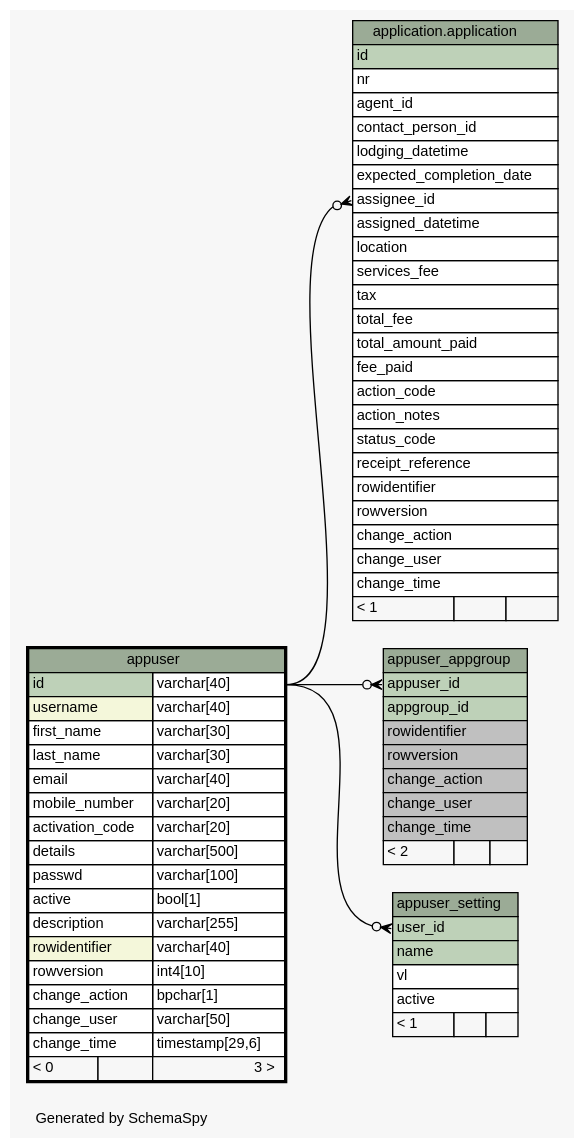
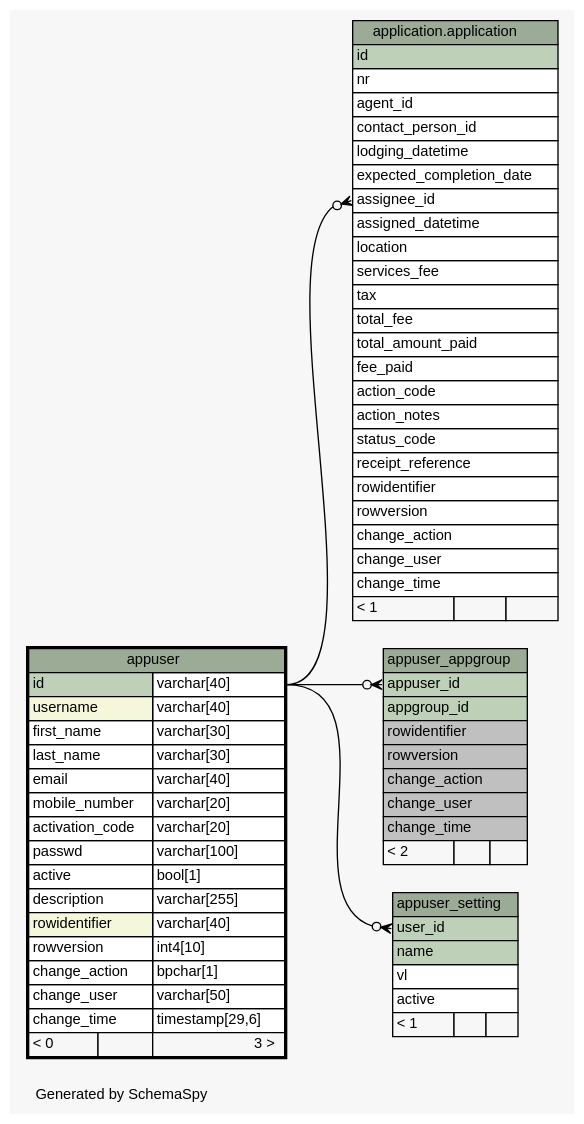
One commit to SOLA-FAO/database_sola changed the diagram in doc/system/diagrams/appuser.1degree.dot. Above: the diagram before and after it, drawn with Graphviz. The commit also changed 321 other files, not shown here.

Commit message:
[#412 responsible:none state:fixed] opentenure schema created and party and document tables extended with extra fields.

```diff
--- a/doc/system/diagrams/appuser.1degree.dot
+++ b/doc/system/diagrams/appuser.1degree.dot
@@ -1,111 +1,110 @@
 // dot 2.36.0 on Windows 7 6.1
 // SchemaSpy rev 590
 digraph "oneDegreeRelationshipsDiagram" {
   graph [
     rankdir="RL"
     bgcolor="#f7f7f7"
     label="\nGenerated by SchemaSpy"
     labeljust="l"
     nodesep="0.18"
     ranksep="0.46"
     fontname="Helvetica"
     fontsize="11"
   ];
   node [
     fontname="Helvetica"
     fontsize="11"
     shape="plaintext"
   ];
   edge [
     arrowsize="0.8"
   ];
   "application.application":"assignee_id":w -> "appuser":"id.type":e [arrowhead=none dir=back arrowtail=crowodot];
   "appuser_appgroup":"appuser_id":w -> "appuser":"id.type":e [arrowhead=none dir=back arrowtail=crowodot];
   "appuser_setting":"user_id":w -> "appuser":"id.type":e [arrowhead=none dir=back arrowtail=crowodot];
   "application.application" [
     label=<
     <TABLE BORDER="0" CELLBORDER="1" CELLSPACING="0" BGCOLOR="#ffffff">
       <TR><TD COLSPAN="3" BGCOLOR="#9bab96" ALIGN="CENTER">application.application</TD></TR>
       <TR><TD PORT="id" COLSPAN="3" BGCOLOR="#bed1b8" ALIGN="LEFT">id</TD></TR>
       <TR><TD PORT="nr" COLSPAN="3" ALIGN="LEFT">nr</TD></TR>
       <TR><TD PORT="agent_id" COLSPAN="3" ALIGN="LEFT">agent_id</TD></TR>
       <TR><TD PORT="contact_person_id" COLSPAN="3" ALIGN="LEFT">contact_person_id</TD></TR>
       <TR><TD PORT="lodging_datetime" COLSPAN="3" ALIGN="LEFT">lodging_datetime</TD></TR>
       <TR><TD PORT="expected_completion_date" COLSPAN="3" ALIGN="LEFT">expected_completion_date</TD></TR>
       <TR><TD PORT="assignee_id" COLSPAN="3" ALIGN="LEFT">assignee_id</TD></TR>
       <TR><TD PORT="assigned_datetime" COLSPAN="3" ALIGN="LEFT">assigned_datetime</TD></TR>
       <TR><TD PORT="location" COLSPAN="3" ALIGN="LEFT">location</TD></TR>
       <TR><TD PORT="services_fee" COLSPAN="3" ALIGN="LEFT">services_fee</TD></TR>
       <TR><TD PORT="tax" COLSPAN="3" ALIGN="LEFT">tax</TD></TR>
       <TR><TD PORT="total_fee" COLSPAN="3" ALIGN="LEFT">total_fee</TD></TR>
       <TR><TD PORT="total_amount_paid" COLSPAN="3" ALIGN="LEFT">total_amount_paid</TD></TR>
       <TR><TD PORT="fee_paid" COLSPAN="3" ALIGN="LEFT">fee_paid</TD></TR>
       <TR><TD PORT="action_code" COLSPAN="3" ALIGN="LEFT">action_code</TD></TR>
       <TR><TD PORT="action_notes" COLSPAN="3" ALIGN="LEFT">action_notes</TD></TR>
       <TR><TD PORT="status_code" COLSPAN="3" ALIGN="LEFT">status_code</TD></TR>
       <TR><TD PORT="receipt_reference" COLSPAN="3" ALIGN="LEFT">receipt_reference</TD></TR>
       <TR><TD PORT="rowidentifier" COLSPAN="3" ALIGN="LEFT">rowidentifier</TD></TR>
       <TR><TD PORT="rowversion" COLSPAN="3" ALIGN="LEFT">rowversion</TD></TR>
       <TR><TD PORT="change_action" COLSPAN="3" ALIGN="LEFT">change_action</TD></TR>
       <TR><TD PORT="change_user" COLSPAN="3" ALIGN="LEFT">change_user</TD></TR>
       <TR><TD PORT="change_time" COLSPAN="3" ALIGN="LEFT">change_time</TD></TR>
       <TR><TD ALIGN="LEFT" BGCOLOR="#f7f7f7">&lt; 1</TD><TD ALIGN="RIGHT" BGCOLOR="#f7f7f7">  </TD><TD ALIGN="RIGHT" BGCOLOR="#f7f7f7">  </TD></TR>
     </TABLE>>
     URL="../../application/tables/application.html"
     tooltip="application.application"
   ];
   "appuser" [
     label=<
     <TABLE BORDER="2" CELLBORDER="1" CELLSPACING="0" BGCOLOR="#ffffff">
       <TR><TD COLSPAN="3" BGCOLOR="#9bab96" ALIGN="CENTER">appuser</TD></TR>
       <TR><TD PORT="id" COLSPAN="2" BGCOLOR="#bed1b8" ALIGN="LEFT">id</TD><TD PORT="id.type" ALIGN="LEFT">varchar[40]</TD></TR>
       <TR><TD PORT="username" COLSPAN="2" BGCOLOR="#f4f7da" ALIGN="LEFT">username</TD><TD PORT="username.type" ALIGN="LEFT">varchar[40]</TD></TR>
       <TR><TD PORT="first_name" COLSPAN="2" ALIGN="LEFT">first_name</TD><TD PORT="first_name.type" ALIGN="LEFT">varchar[30]</TD></TR>
       <TR><TD PORT="last_name" COLSPAN="2" ALIGN="LEFT">last_name</TD><TD PORT="last_name.type" ALIGN="LEFT">varchar[30]</TD></TR>
       <TR><TD PORT="email" COLSPAN="2" ALIGN="LEFT">email</TD><TD PORT="email.type" ALIGN="LEFT">varchar[40]</TD></TR>
       <TR><TD PORT="mobile_number" COLSPAN="2" ALIGN="LEFT">mobile_number</TD><TD PORT="mobile_number.type" ALIGN="LEFT">varchar[20]</TD></TR>
       <TR><TD PORT="activation_code" COLSPAN="2" ALIGN="LEFT">activation_code</TD><TD PORT="activation_code.type" ALIGN="LEFT">varchar[20]</TD></TR>
-      <TR><TD PORT="details" COLSPAN="2" ALIGN="LEFT">details</TD><TD PORT="details.type" ALIGN="LEFT">varchar[500]</TD></TR>
       <TR><TD PORT="passwd" COLSPAN="2" ALIGN="LEFT">passwd</TD><TD PORT="passwd.type" ALIGN="LEFT">varchar[100]</TD></TR>
       <TR><TD PORT="active" COLSPAN="2" ALIGN="LEFT">active</TD><TD PORT="active.type" ALIGN="LEFT">bool[1]</TD></TR>
       <TR><TD PORT="description" COLSPAN="2" ALIGN="LEFT">description</TD><TD PORT="description.type" ALIGN="LEFT">varchar[255]</TD></TR>
       <TR><TD PORT="rowidentifier" COLSPAN="2" BGCOLOR="#f4f7da" ALIGN="LEFT">rowidentifier</TD><TD PORT="rowidentifier.type" ALIGN="LEFT">varchar[40]</TD></TR>
       <TR><TD PORT="rowversion" COLSPAN="2" ALIGN="LEFT">rowversion</TD><TD PORT="rowversion.type" ALIGN="LEFT">int4[10]</TD></TR>
       <TR><TD PORT="change_action" COLSPAN="2" ALIGN="LEFT">change_action</TD><TD PORT="change_action.type" ALIGN="LEFT">bpchar[1]</TD></TR>
       <TR><TD PORT="change_user" COLSPAN="2" ALIGN="LEFT">change_user</TD><TD PORT="change_user.type" ALIGN="LEFT">varchar[50]</TD></TR>
       <TR><TD PORT="change_time" COLSPAN="2" ALIGN="LEFT">change_time</TD><TD PORT="change_time.type" ALIGN="LEFT">timestamp[29,6]</TD></TR>
       <TR><TD ALIGN="LEFT" BGCOLOR="#f7f7f7">&lt; 0</TD><TD ALIGN="RIGHT" BGCOLOR="#f7f7f7">  </TD><TD ALIGN="RIGHT" BGCOLOR="#f7f7f7">3 &gt;</TD></TR>
     </TABLE>>
     URL="appuser.html"
     tooltip="appuser"
   ];
   "appuser_appgroup" [
     label=<
     <TABLE BORDER="0" CELLBORDER="1" CELLSPACING="0" BGCOLOR="#ffffff">
       <TR><TD COLSPAN="3" BGCOLOR="#9bab96" ALIGN="CENTER">appuser_appgroup</TD></TR>
       <TR><TD PORT="appuser_id" COLSPAN="3" BGCOLOR="#bed1b8" ALIGN="LEFT">appuser_id</TD></TR>
       <TR><TD PORT="appgroup_id" COLSPAN="3" BGCOLOR="#bed1b8" ALIGN="LEFT">appgroup_id</TD></TR>
       <TR><TD PORT="rowidentifier" COLSPAN="3" BGCOLOR="#c0c0c0" ALIGN="LEFT">rowidentifier</TD></TR>
       <TR><TD PORT="rowversion" COLSPAN="3" BGCOLOR="#c0c0c0" ALIGN="LEFT">rowversion</TD></TR>
       <TR><TD PORT="change_action" COLSPAN="3" BGCOLOR="#c0c0c0" ALIGN="LEFT">change_action</TD></TR>
       <TR><TD PORT="change_user" COLSPAN="3" BGCOLOR="#c0c0c0" ALIGN="LEFT">change_user</TD></TR>
       <TR><TD PORT="change_time" COLSPAN="3" BGCOLOR="#c0c0c0" ALIGN="LEFT">change_time</TD></TR>
       <TR><TD ALIGN="LEFT" BGCOLOR="#f7f7f7">&lt; 2</TD><TD ALIGN="RIGHT" BGCOLOR="#f7f7f7">  </TD><TD ALIGN="RIGHT" BGCOLOR="#f7f7f7">  </TD></TR>
     </TABLE>>
     URL="appuser_appgroup.html"
     tooltip="appuser_appgroup"
   ];
   "appuser_setting" [
     label=<
     <TABLE BORDER="0" CELLBORDER="1" CELLSPACING="0" BGCOLOR="#ffffff">
       <TR><TD COLSPAN="3" BGCOLOR="#9bab96" ALIGN="CENTER">appuser_setting</TD></TR>
       <TR><TD PORT="user_id" COLSPAN="3" BGCOLOR="#bed1b8" ALIGN="LEFT">user_id</TD></TR>
       <TR><TD PORT="name" COLSPAN="3" BGCOLOR="#bed1b8" ALIGN="LEFT">name</TD></TR>
       <TR><TD PORT="vl" COLSPAN="3" ALIGN="LEFT">vl</TD></TR>
       <TR><TD PORT="active" COLSPAN="3" ALIGN="LEFT">active</TD></TR>
       <TR><TD ALIGN="LEFT" BGCOLOR="#f7f7f7">&lt; 1</TD><TD ALIGN="RIGHT" BGCOLOR="#f7f7f7">  </TD><TD ALIGN="RIGHT" BGCOLOR="#f7f7f7">  </TD></TR>
     </TABLE>>
     URL="appuser_setting.html"
     tooltip="appuser_setting"
   ];
 }
```
